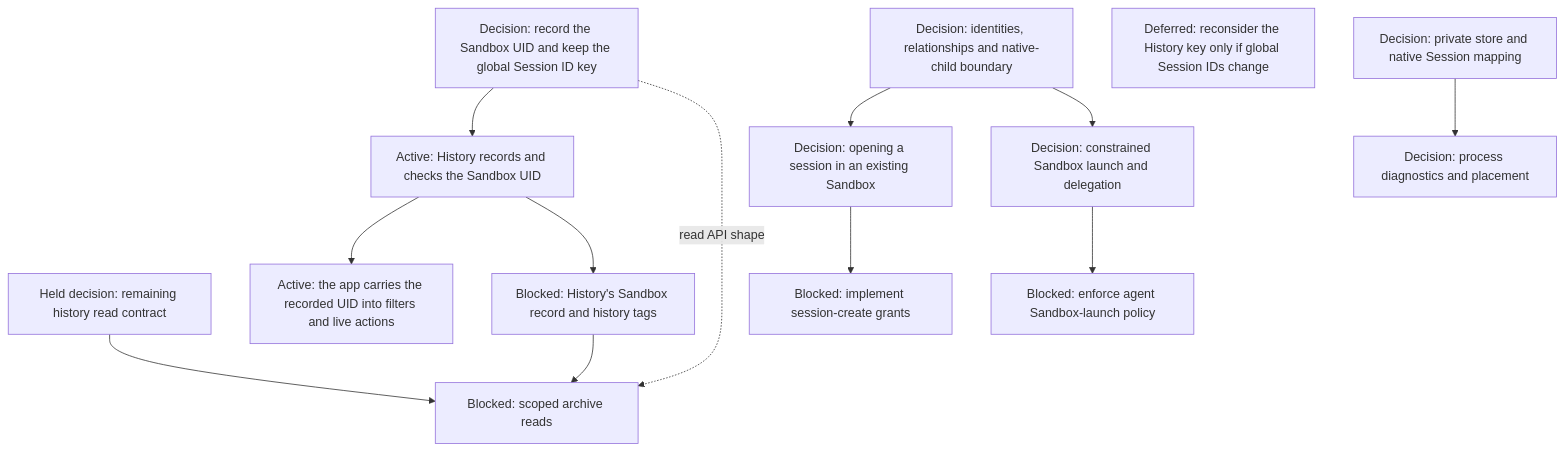
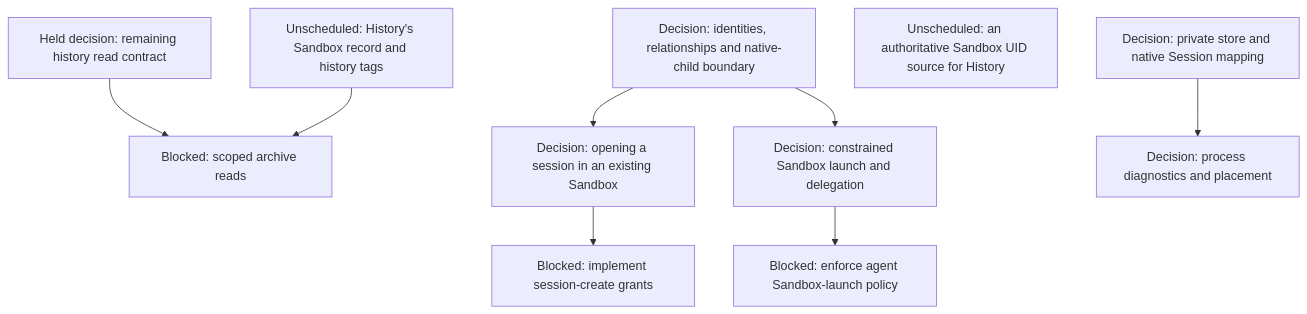
Before and after one commit to agentydragon-agent/ducktape: the sixth of 19 diagrams in agentplane/plans/task_dag.md, drawn with Mermaid. The commit also changed other lines of this file and 7 other files, not shown here.

````diff
--- a/agentplane/plans/task_dag.md
+++ b/agentplane/plans/task_dag.md
@@ -300,28 +293,21 @@
 ```mermaid
 flowchart TD
     MULTIAGENT_MODEL[Decision: identities, relationships and native-child boundary]
     THREAD_READ_POLICY_DESIGN[Held decision: remaining history read contract]
-    HISTORY_SANDBOX_RECORD[Blocked: History's Sandbox record and history tags]
+    HISTORY_SANDBOX_RECORD[Unscheduled: History's Sandbox record and history tags]
     THREAD_READ_POLICY[Blocked: scoped archive reads]
-    HISTORY_SESSION_KEY_DESIGN[Decision: record the Sandbox UID and keep the global Session ID key]
-    HISTORY_SANDBOX_UID[Active: History records and checks the Sandbox UID]
-    APP_THREAD_SANDBOX_UID[Active: the app carries the recorded UID into filters and live actions]
-    HISTORY_SESSION_REKEY[Deferred: reconsider the History key only if global Session IDs change]
+    HISTORY_SANDBOX_ASSOCIATION_SOURCE[Unscheduled: an authoritative Sandbox UID source for History]
     THREAD_CREATE_POLICY[Decision: opening a session in an existing Sandbox]
     THREAD_CREATE_AUTHORIZATION[Blocked: implement session-create grants]
     AGENT_LAUNCH_POLICY_DESIGN[Decision: constrained Sandbox launch and delegation]
     AGENT_SANDBOX_LAUNCH[Blocked: enforce agent Sandbox-launch policy]
     MULTIAGENT_MODEL --> THREAD_CREATE_POLICY
     MULTIAGENT_MODEL --> AGENT_LAUNCH_POLICY_DESIGN
     THREAD_READ_POLICY_DESIGN --> THREAD_READ_POLICY
-    HISTORY_SESSION_KEY_DESIGN --> HISTORY_SANDBOX_UID
-    HISTORY_SESSION_KEY_DESIGN -. read API shape .-> THREAD_READ_POLICY
-    HISTORY_SANDBOX_UID --> APP_THREAD_SANDBOX_UID
-    HISTORY_SANDBOX_UID --> HISTORY_SANDBOX_RECORD
     HISTORY_SANDBOX_RECORD --> THREAD_READ_POLICY
     THREAD_CREATE_POLICY --> THREAD_CREATE_AUTHORIZATION
     AGENT_LAUNCH_POLICY_DESIGN --> AGENT_SANDBOX_LAUNCH
     RUNNER_HARNESS_OBJECTS_DESIGN[Decision: process diagnostics and placement]
     HARNESS_IDENTITY_DESIGN[Decision: private store and native Session mapping]
     HARNESS_IDENTITY_DESIGN --> RUNNER_HARNESS_OBJECTS_DESIGN
 ```
````
